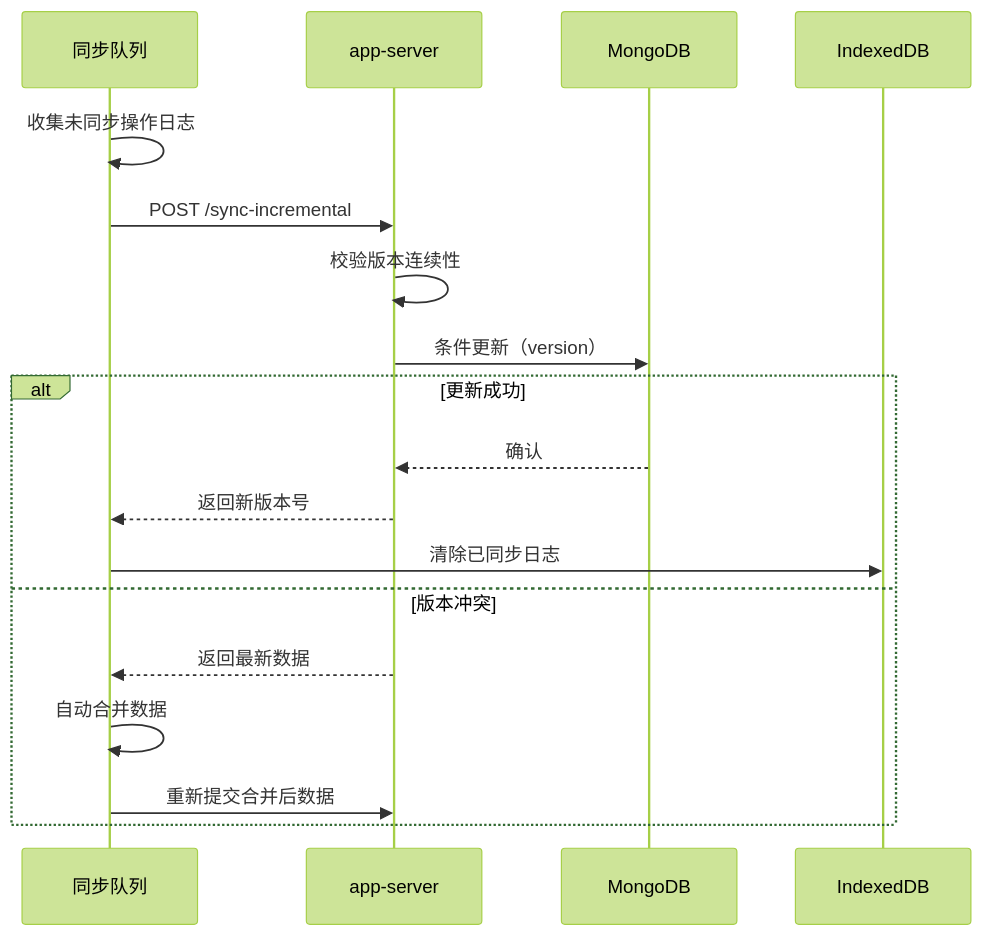
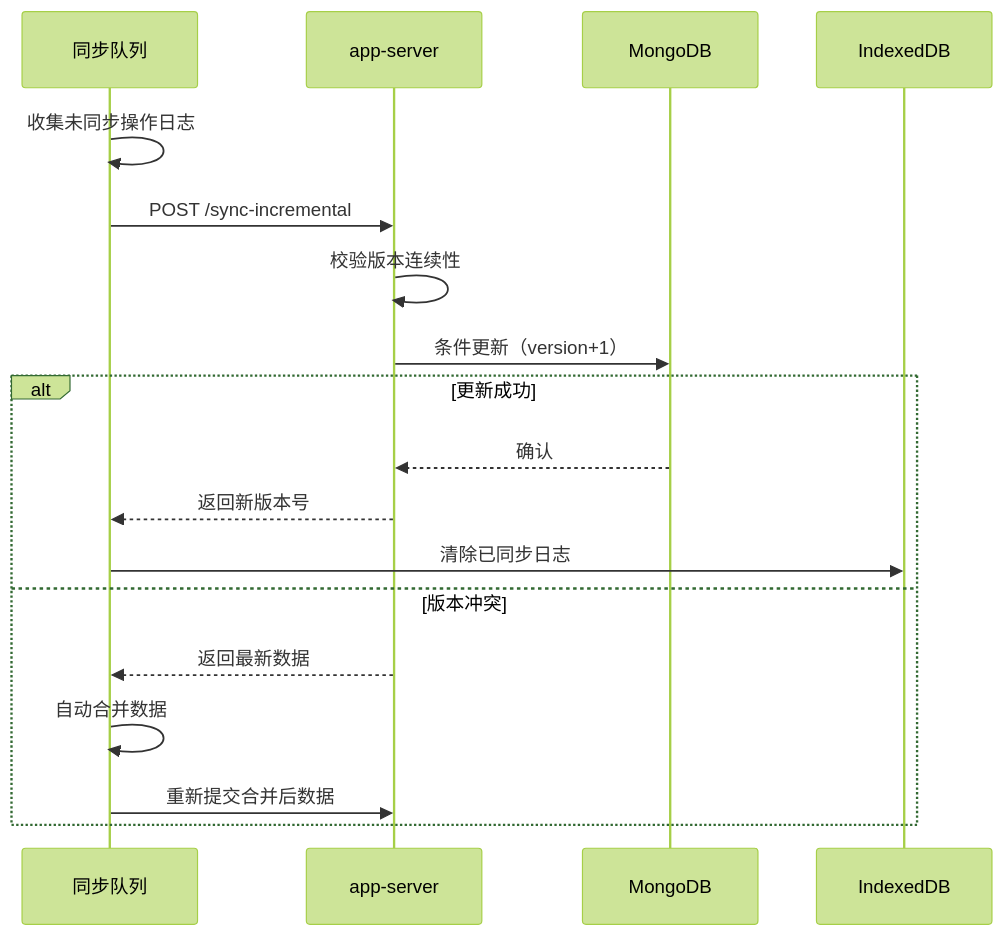
Before and after one commit to yingjianzh/iodraw-files: the diagram in all/未命名-24.md, drawn with Mermaid (forest theme).

Commit message:
2025-02-21 18:32:36 update

````diff
--- a/all/未命名-24.md
+++ b/all/未命名-24.md
@@ -1,20 +1,20 @@
 ```mermaid
 sequenceDiagram
     participant 同步队列
     participant app-server
     participant MongoDB
 
     同步队列->>同步队列: 收集未同步操作日志
     同步队列->>app-server: POST /sync-incremental
     app-server->>app-server: 校验版本连续性
-    app-server->>MongoDB: 条件更新（version）
+    app-server->>MongoDB: 条件更新（version+1）
     alt 更新成功
         MongoDB-->>app-server: 确认
         app-server-->>同步队列: 返回新版本号
         同步队列->>IndexedDB: 清除已同步日志
     else 版本冲突
         app-server-->>同步队列: 返回最新数据
         同步队列->>同步队列: 自动合并数据
         同步队列->>app-server: 重新提交合并后数据
     end
 ```
````
